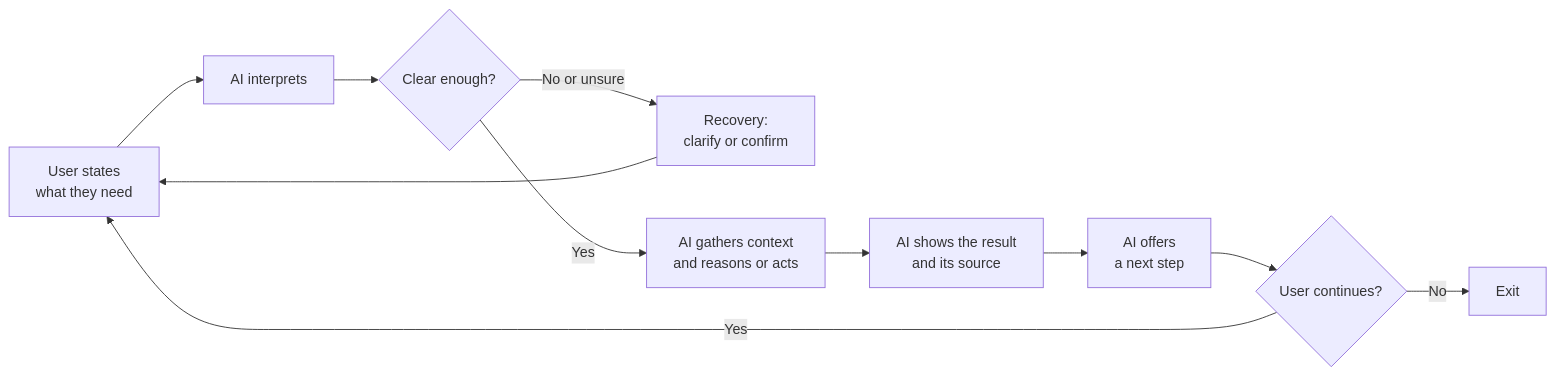
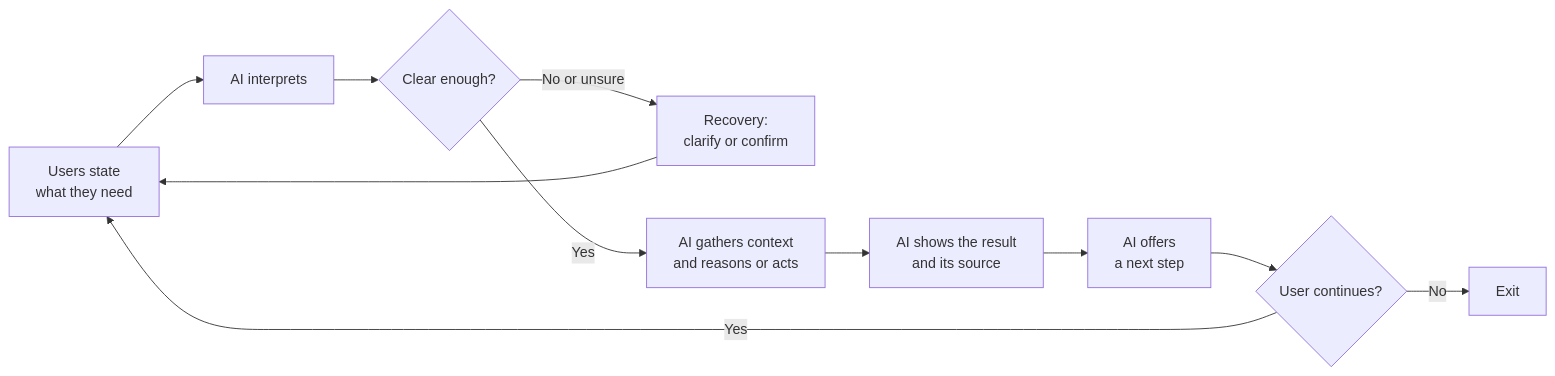
One commit to amaltapalov/AI-product-development-framework changed the eighth of 17 diagrams in Conversational AI Design Framework v1.2.md. Above: the diagram before and after it, drawn with Mermaid. The commit also changed 3 other files, not shown here.

First line of the commit message:
Use plural "Users" in conversation flow diagrams and TL;DR slides

````diff
--- a/Conversational AI Design Framework v1.2.md
+++ b/Conversational AI Design Framework v1.2.md
@@ -326,13 +326,13 @@
 ```mermaid
 flowchart LR
-    A["User states<br/>what they need"] --> B["AI interprets"]
+    A["Users state<br/>what they need"] --> B["AI interprets"]
     B --> C{"Clear enough?"}
     C -- "No or unsure" --> R["Recovery:<br/>clarify or confirm"]
     R --> A
     C -- Yes --> D["AI gathers context<br/>and reasons or acts"]
     D --> E["AI shows the result<br/>and its source"]
     E --> F["AI offers<br/>a next step"]
     F --> G{"User continues?"}
     G -- Yes --> A
     G -- No --> X["Exit"]
 ```
````
